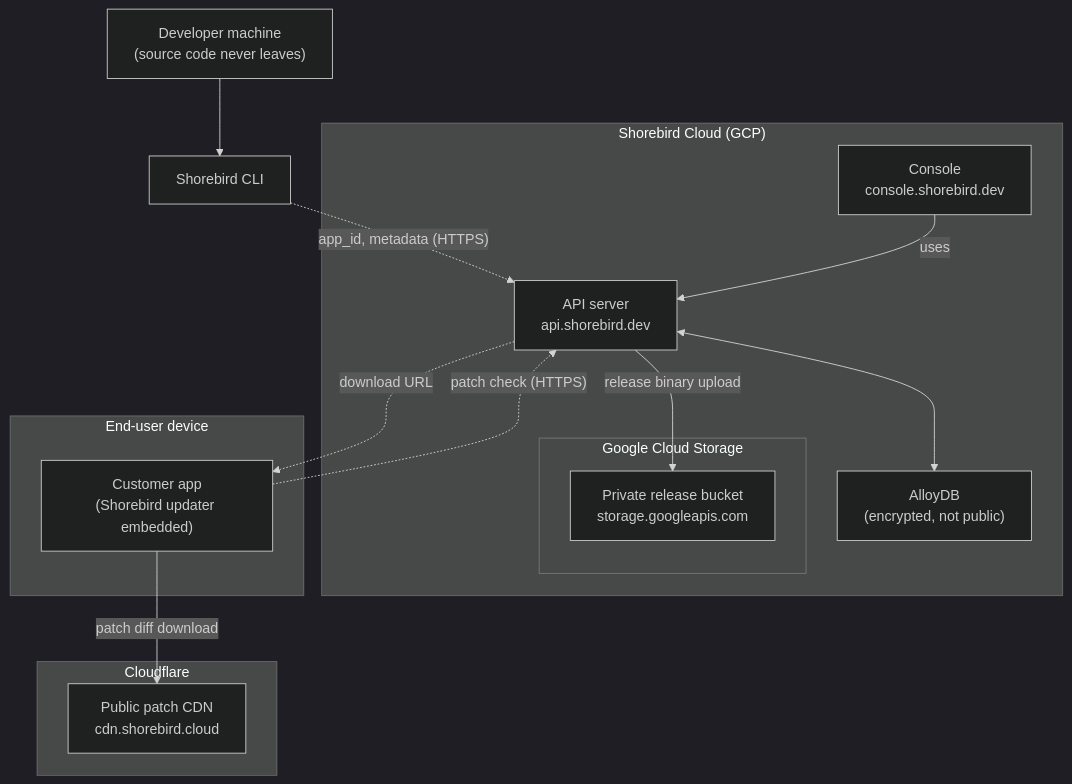
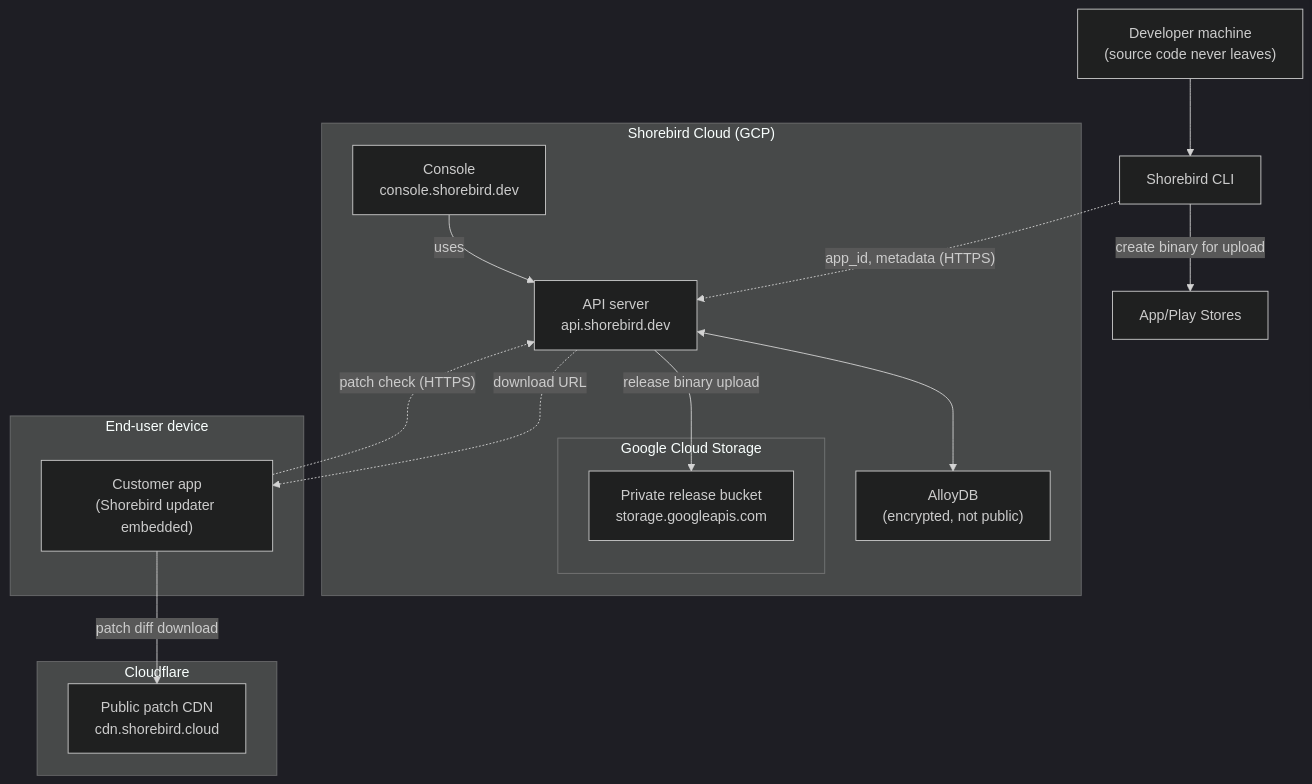
Before and after one commit to shorebirdtech/docs: the diagram in src/content/docs/code-push/system-architecture.mdx, drawn with Mermaid (dark theme).

Commit message:
add app stores

````diff
--- a/src/content/docs/code-push/system-architecture.mdx
+++ b/src/content/docs/code-push/system-architecture.mdx
@@ -18,34 +18,38 @@
 ```mermaid
 flowchart TD
    DEV["Developer machine\n(source code never leaves)"]
    CLI["Shorebird CLI"]
+   APPSTORES["App/Play Stores"]
 
    DEV --> CLI
+
 
    subgraph CLOUD ["Shorebird Cloud (GCP)"]
        API["API server\napi.shorebird.dev"]
        CONSOLE["Console\nconsole.shorebird.dev"]
        DB["AlloyDB\n(encrypted, not public)"]
        API <--> DB
 
        subgraph GCS ["Google Cloud Storage"]
            PRIV["Private release bucket\nstorage.googleapis.com"]
        end
    end
 
    subgraph CF ["Cloudflare"]
        CDN["Public patch CDN\ncdn.shorebird.cloud"]
    end
 
    subgraph DEVICE ["End-user device"]
        APP["Customer app\n(Shorebird updater embedded)"]
    end
 
    CLI -. "app_id, metadata (HTTPS)" .-> API
    API -- "release binary upload" --> PRIV
    CONSOLE -- "uses" --> API
 
+   CLI -- "create binary for upload" --> APPSTORES
+
    APP -. "patch check (HTTPS)" .-> API
    API -. "download URL" .-> APP
    APP -- "patch diff download" --> CDN
 ```
````
